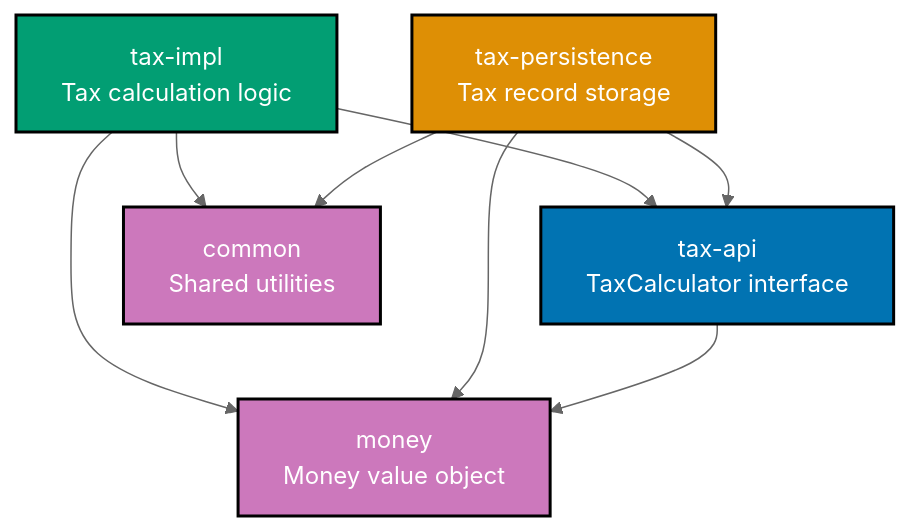
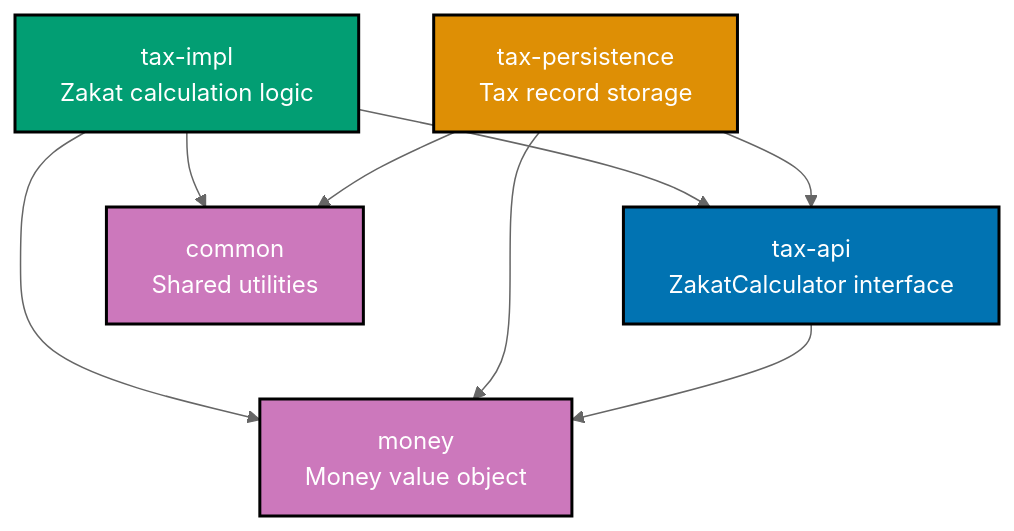
Before and after one commit to wahidyankf/open-sharia-enterprise: the first of 2 diagrams in docs/explanation/software/stack-lang/java/ex-so-stla-ja__modules-and-dependencies.md, drawn with Mermaid (neutral theme). The commit also changed other lines of this file and 81 other files, not shown here.

````diff
--- a/docs/explanation/software/stack-lang/java/ex-so-stla-ja__modules-and-dependencies.md
+++ b/docs/explanation/software/stack-lang/java/ex-so-stla-ja__modules-and-dependencies.md
@@ -283,24 +283,24 @@
 ```mermaid
 %% Color Palette: Blue #0173B2, Orange #DE8F05, Teal #029E73, Purple #CC78BC
 %% All colors are color-blind friendly and meet WCAG AA contrast standards
 
 graph TD
-    A[tax-api<br/>TaxCalculator interface]:::blue
-    B[tax-impl<br/>Tax calculation logic]:::teal
+    A[tax-api<br/>ZakatCalculator interface]:::blue
+    B[tax-impl<br/>Zakat calculation logic]:::teal
     C[tax-persistence<br/>Tax record storage]:::orange
     D[money<br/>Money value object]:::purple
     E[common<br/>Shared utilities]:::purple
 
     B --> A
     B --> D
     C --> A
     C --> D
     A --> D
     B --> E
     C --> E
 
     classDef blue fill:#0173B2,stroke:#000000,color:#FFFFFF,stroke-width:2px
     classDef teal fill:#029E73,stroke:#000000,color:#FFFFFF,stroke-width:2px
     classDef orange fill:#DE8F05,stroke:#000000,color:#FFFFFF,stroke-width:2px
     classDef purple fill:#CC78BC,stroke:#000000,color:#FFFFFF,stroke-width:2px
 ```
````
